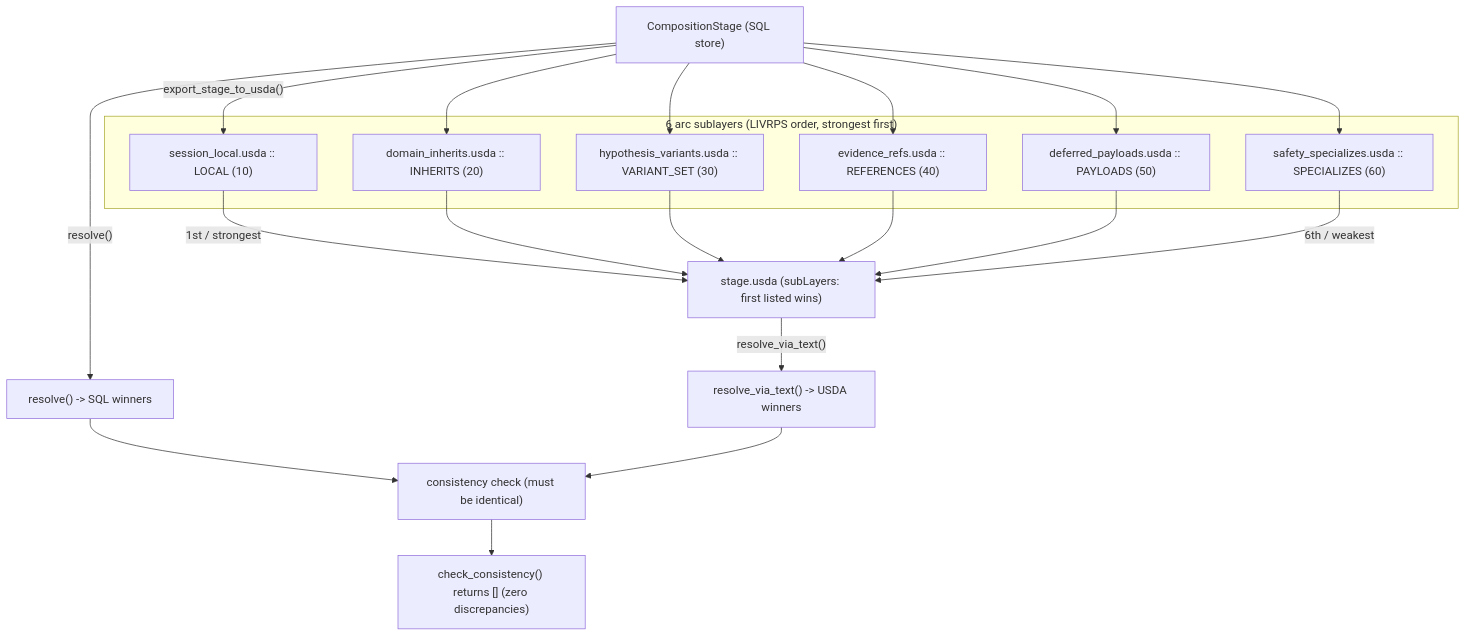
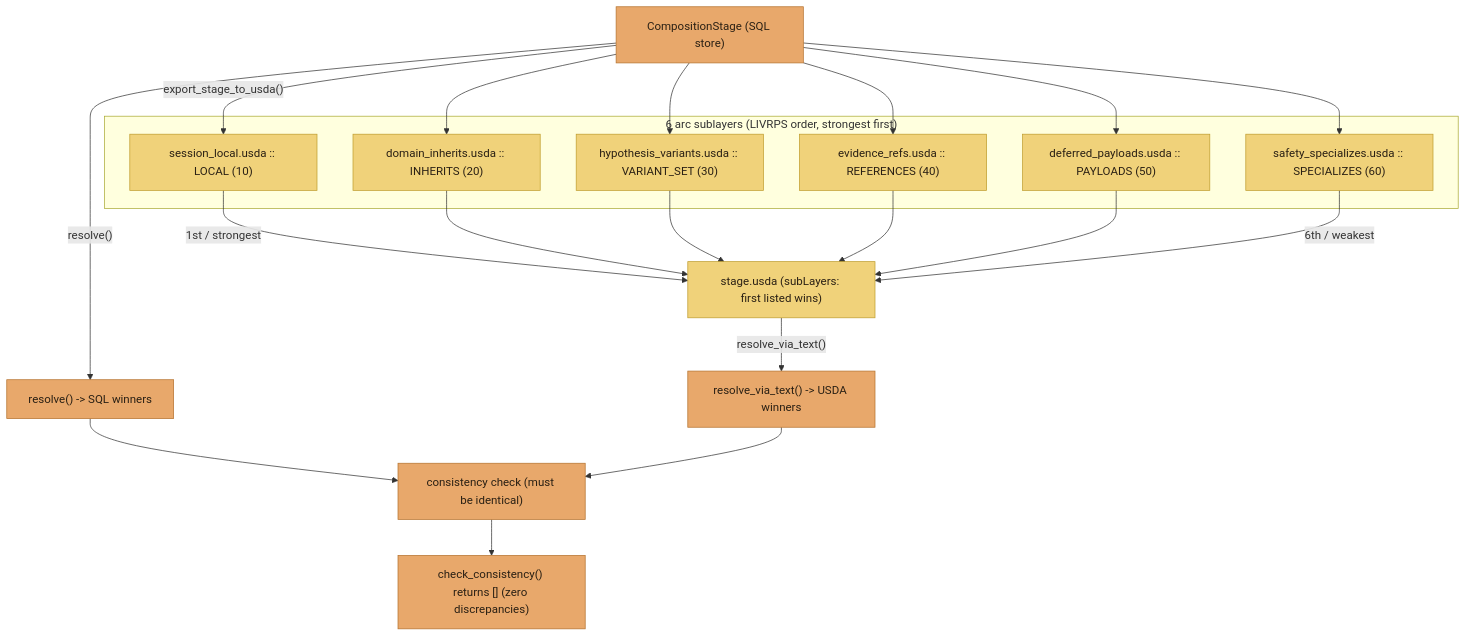
The fifth of 8 diagrams in README.md (JosephOIbrahim/Cognitive-Bridge), drawn with Mermaid before and after one commit. The commit also changed other lines of this file, not shown here.

First line of the commit message:
[docs] restyle mermaid diagrams + close-the-loop polish

````diff
--- a/README.md
+++ b/README.md
@@ -446,35 +463,39 @@
 ```mermaid
 flowchart TD
   Stage["CompositionStage (SQL store)"]
   subgraph Arcs["6 arc sublayers (LIVRPS order, strongest first)"]
     L["session_local.usda :: LOCAL (10)"]
     I["domain_inherits.usda :: INHERITS (20)"]
     V["hypothesis_variants.usda :: VARIANT_SET (30)"]
     R["evidence_refs.usda :: REFERENCES (40)"]
     P["deferred_payloads.usda :: PAYLOADS (50)"]
     S["safety_specializes.usda :: SPECIALIZES (60)"]
   end
   Root["stage.usda (subLayers: first listed wins)"]
   SQL["resolve() -> SQL winners"]
   Txt["resolve_via_text() -> USDA winners"]
   Check["consistency check (must be identical)"]
   Result["check_consistency() returns [] (zero discrepancies)"]
 
   Stage -->|"export_stage_to_usda()"| L
   Stage --> I
   Stage --> V
   Stage --> R
   Stage --> P
   Stage --> S
   L -->|"1st / strongest"| Root
   I --> Root
   V --> Root
   R --> Root
   P --> Root
   S -->|"6th / weakest"| Root
   Stage -->|"resolve()"| SQL
   Root -->|"resolve_via_text()"| Txt
   SQL --> Check
   Txt --> Check
   Check --> Result
+  classDef orange fill:#E8A86B,stroke:#B5722E,stroke-width:1px,color:#2A2014;
+  classDef yellow fill:#F0D27A,stroke:#BF9D2E,stroke-width:1px,color:#2A2014;
+  class Stage,SQL,Txt,Check,Result orange;
+  class L,I,V,R,P,S,Root yellow;
 ```
````
